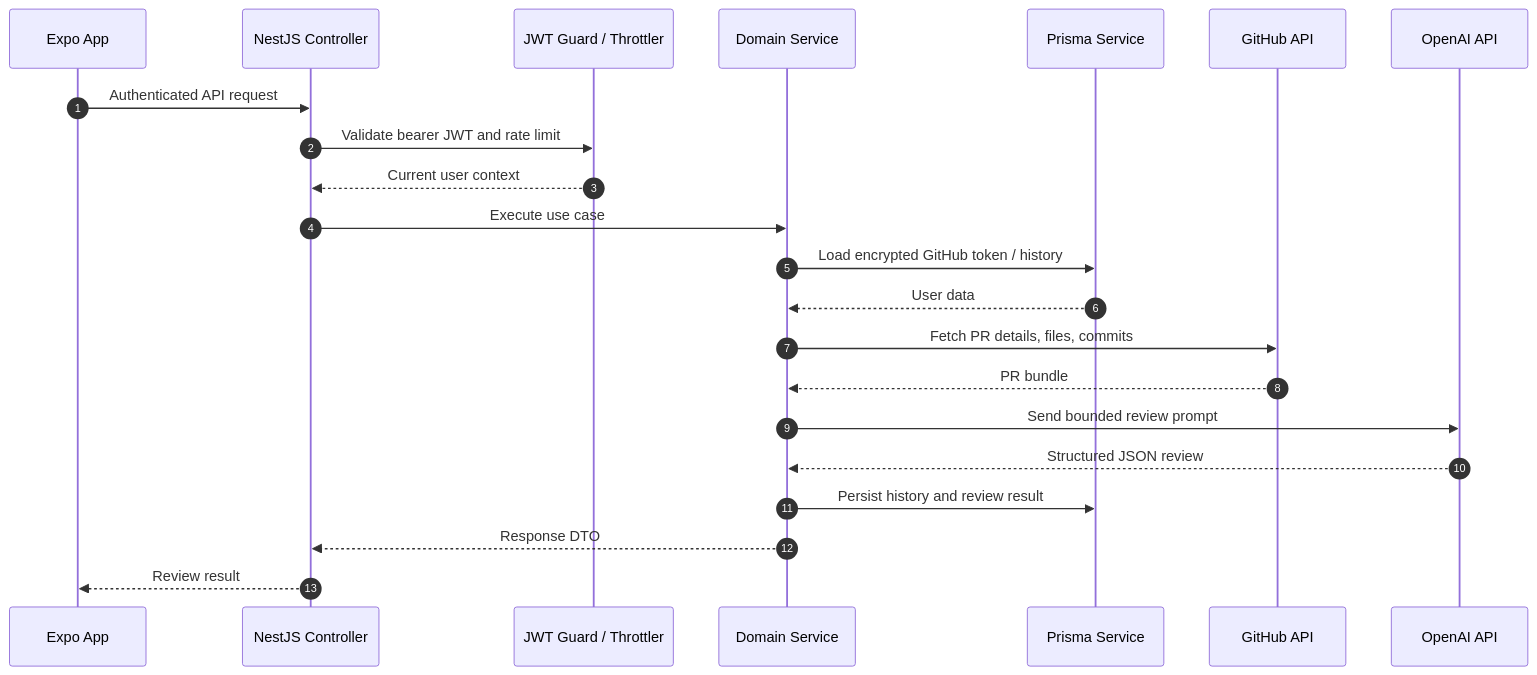
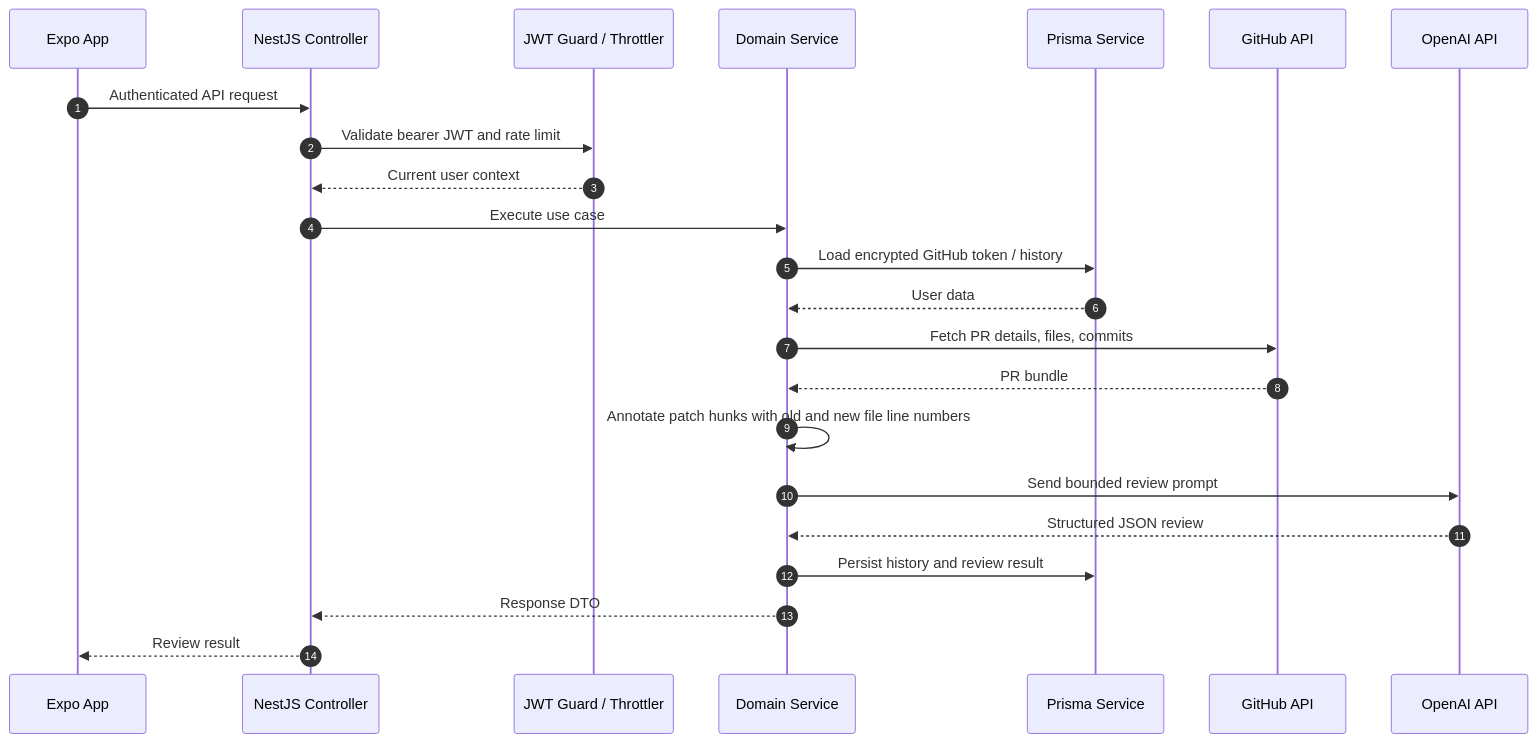
One commit to Ligerking007/CodeReviewPilotAI changed the fourth of 6 diagrams in docs/architecture.md. Above: the diagram before and after it, drawn with Mermaid. The commit also changed other lines of this file and 14 other files, not shown here.

````diff
--- a/docs/architecture.md
+++ b/docs/architecture.md
@@ -137,25 +139,26 @@
 ```mermaid
 sequenceDiagram
   autonumber
   participant Client as Expo App
   participant Controller as NestJS Controller
   participant Guard as JWT Guard / Throttler
   participant Service as Domain Service
   participant Prisma as Prisma Service
   participant GitHub as GitHub API
   participant OpenAI as OpenAI API
 
   Client->>Controller: Authenticated API request
   Controller->>Guard: Validate bearer JWT and rate limit
   Guard-->>Controller: Current user context
   Controller->>Service: Execute use case
   Service->>Prisma: Load encrypted GitHub token / history
   Prisma-->>Service: User data
   Service->>GitHub: Fetch PR details, files, commits
   GitHub-->>Service: PR bundle
+  Service->>Service: Annotate patch hunks with old and new file line numbers
   Service->>OpenAI: Send bounded review prompt
   OpenAI-->>Service: Structured JSON review
   Service->>Prisma: Persist history and review result
   Service-->>Controller: Response DTO
   Controller-->>Client: Review result
 ```
````
